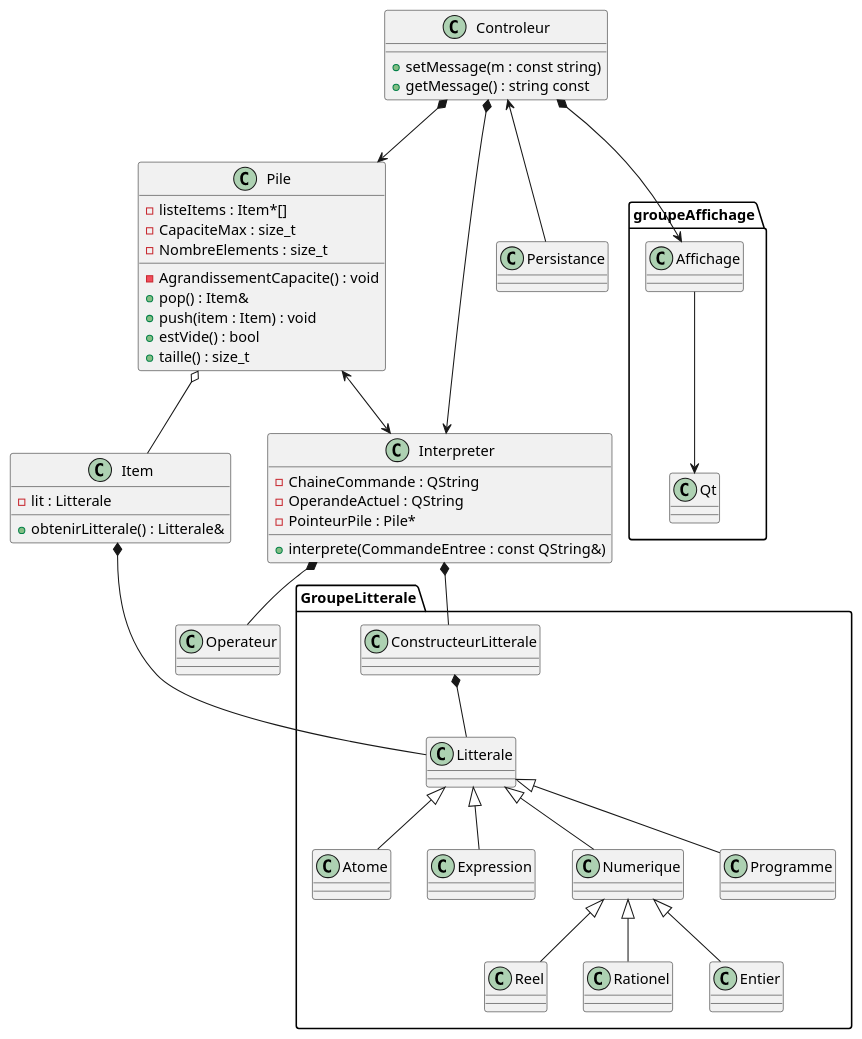
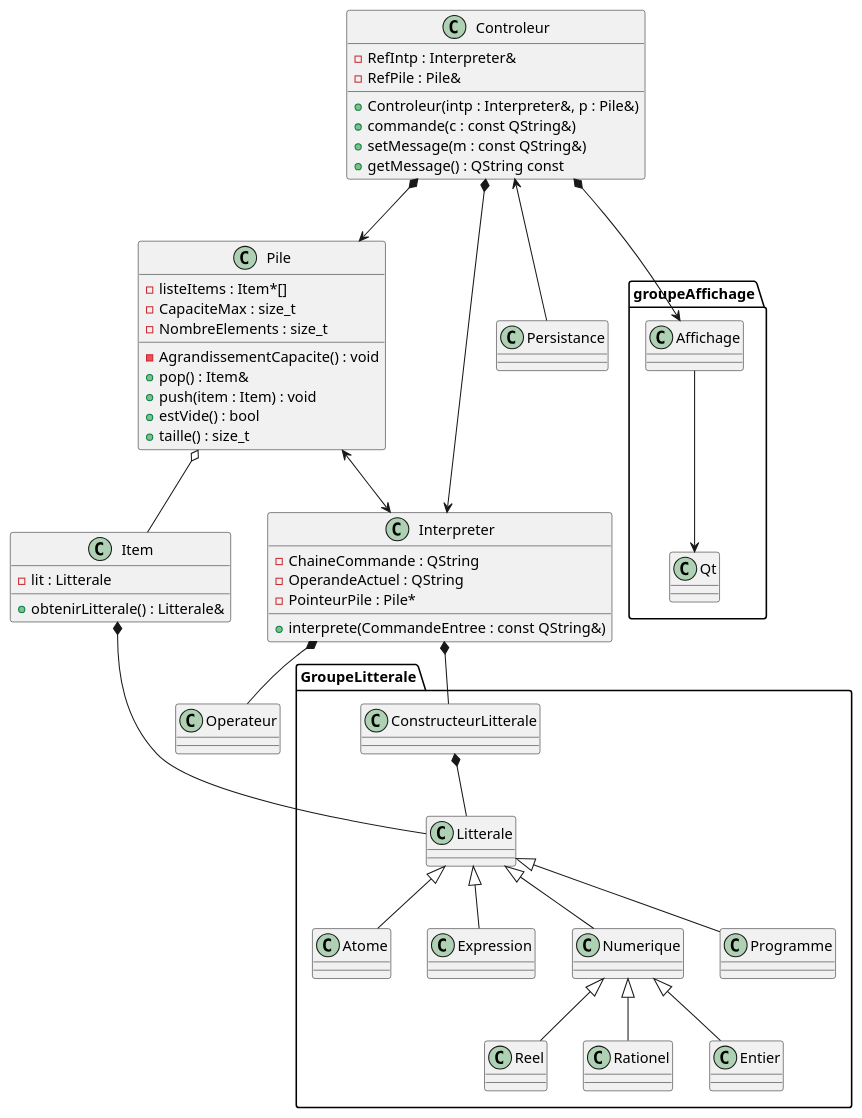
The diagram in UML.puml (LouisJeanneau/LO21-Projet-CompUT), drawn with PlantUML before and after one commit.

Commit message:
Ajout méthodes Controleur

```diff
--- a/UML.puml
+++ b/UML.puml
@@ -1,117 +1,120 @@
 @startuml
 
 package "GroupeLitterale" {
     Class Litterale{
 
     }
 
     Class ConstructeurLitterale{
 
     }
 
     Class Atome{
 
     }
 
     Class Expression{
 
     }
 
     Class Numerique{
 
     }
 
     Class Reel{
 
     }
 
     Class Rationel{
 
     }
 
     Class Entier{
 
     }
 
     Class Programme{
 
     }
 
 }
 
 
 Class Item{
     -lit : Litterale
     +obtenirLitterale() : Litterale&
 }
 
 Class Operateur{
 
 }
 
 
 Class Pile{
     -listeItems : Item*[]
     -CapaciteMax : size_t
     -NombreElements : size_t
     -AgrandissementCapacite() : void
     +pop() : Item&
     +push(item : Item) : void
     +estVide() : bool
     +taille() : size_t
 
 
 
 }
 
 Class Interpreter{
     -ChaineCommande : QString
     -OperandeActuel : QString
     -PointeurPile : Pile*
     +interprete(CommandeEntree : const QString&)
 }
 
 Class Controleur{
-    +setMessage(m : const string)
-    +getMessage() : string const
-
+    -RefIntp : Interpreter&
+    -RefPile : Pile&
+    +Controleur(intp : Interpreter&, p : Pile&)
+    +commande(c : const QString&)
+    +setMessage(m : const QString&)
+    +getMessage() : QString const
 }
 
 Class Persistance{
 
 }
 
 package "groupeAffichage" {
 
     Class Affichage{
 
     }
 
     Class Qt {
 
     }
 
 }
 
 Litterale <|-- Programme
 Litterale <|-- Numerique
 Litterale <|-- Expression
 Litterale <|-- Atome
 Numerique <|-- Reel
 Numerique <|-- Rationel
 Numerique <|-- Entier
 
 
 ConstructeurLitterale *-- Litterale
 Interpreter *-- Operateur
 Interpreter *-- ConstructeurLitterale
 Item *-- Litterale
 Pile o-- Item
 Pile <--> Interpreter
 Controleur *--> Interpreter
 Controleur *--> Pile
 Controleur <-- Persistance
 Controleur *--> Affichage
 Affichage --> Qt
 
 @enduml
```
